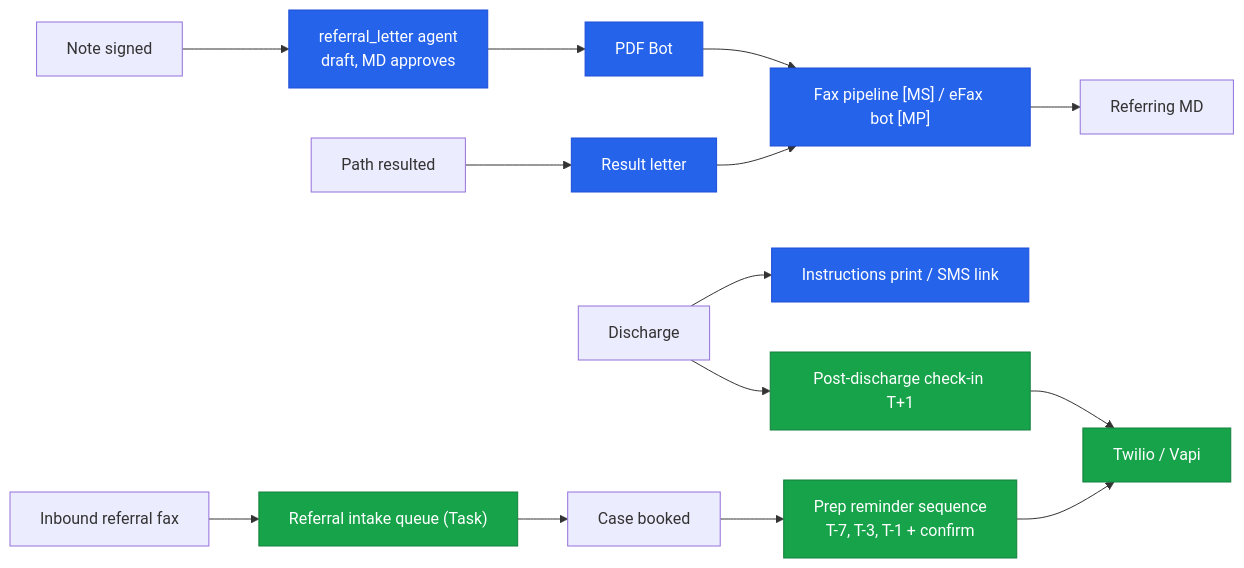
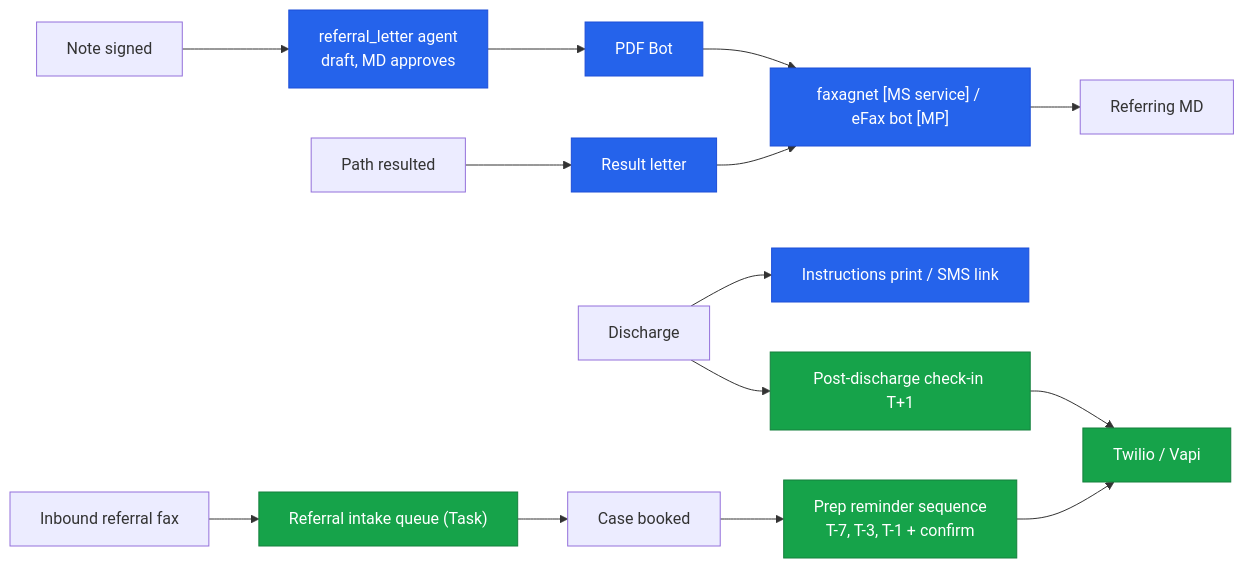
One commit to imRahul05/ASC-EHR changed diagram 11 of 12 in docs/product/04-end-to-end-flows.md. Above: the diagram before and after it, drawn with Mermaid. The commit also changed 9 other files, not shown here.

````diff
--- a/docs/product/04-end-to-end-flows.md
+++ b/docs/product/04-end-to-end-flows.md
@@ -304,12 +304,12 @@
 ```mermaid
 flowchart LR
     classDef p1 fill:#2563eb,color:#fff,stroke:#1d4ed8
     classDef p2 fill:#16a34a,color:#fff,stroke:#15803d
     Sign["Note signed"] --> Letter["referral_letter agent<br/>draft, MD approves"]:::p1
-    Letter --> PDF["PDF Bot"]:::p1 --> Fax["Fax pipeline [MS] / eFax bot [MP]"]:::p1 --> Ref["Referring MD"]
+    Letter --> PDF["PDF Bot"]:::p1 --> Fax["faxagnet [MS service] / eFax bot [MP]"]:::p1 --> Ref["Referring MD"]
     Path["Path resulted"] --> Letter2["Result letter"]:::p1 --> Fax
     Disc["Discharge"] --> Instr["Instructions print / SMS link"]:::p1
     Sched["Case booked"] --> Rem["Prep reminder sequence<br/>T-7, T-3, T-1 + confirm"]:::p2 --> SMS["Twilio / Vapi"]:::p2
     Disc --> Chk["Post-discharge check-in T+1"]:::p2 --> SMS
     Inb["Inbound referral fax"] --> Intake["Referral intake queue (Task)"]:::p2 --> Sched
 ```
````
